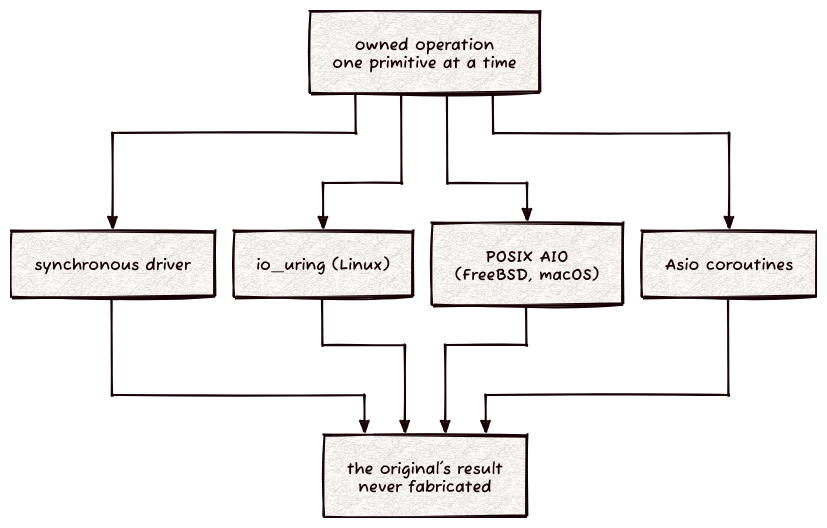
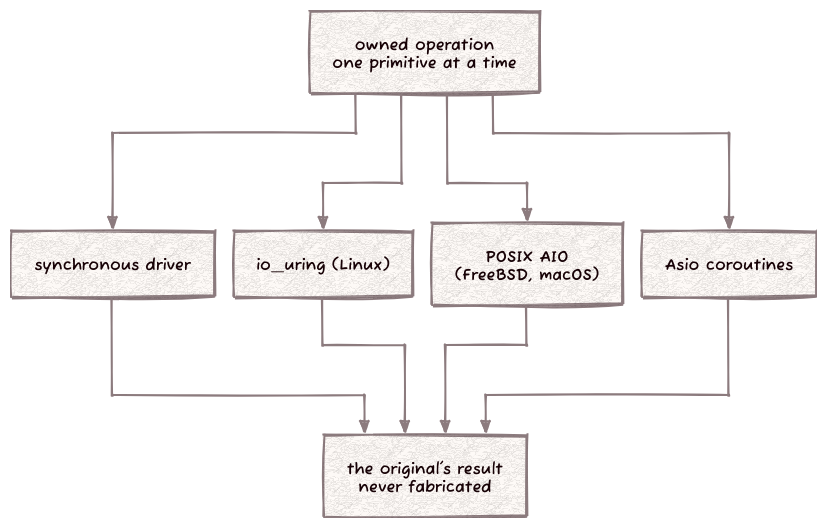
The diagram in docs/completion.d2 (Kronuz/completion), drawn with D2 before and after one commit. The commit also changed 1 other file, not shown here.

Commit message:
Render the README diagram for light and dark pages
A transparent background, mid-tone lines and mid-tone edge labels let
the one SVG read on GitHub's light and dark themes; the header carries
the settings so a plain `d2` renders it the same way.

[skip ci]

```diff
--- a/docs/completion.d2
+++ b/docs/completion.d2
@@ -1,19 +1,21 @@
 # completion: an owned operation issues one primitive at a time to the driver the host picks.
-# Render: d2 --layout elk --sketch --theme 302 docs/completion.d2 docs/completion.svg
-vars: { d2-config: { layout-engine: elk; theme-id: 302; sketch: true; pad: 24 } }
+# Render: d2 docs/completion.d2 docs/completion.svg
+vars: { d2-config: { layout-engine: elk; theme-id: 302; sketch: true; pad: 24; theme-overrides: { B1: "#8C7B7E"; B2: "#C25B73"; N2: "#C25B73" } } }
+style.fill: transparent
+
 direction: down
 
 op: "owned operation\none primitive at a time"
 sync: "synchronous driver"
 linux: "io_uring (Linux)"
 bsd: "POSIX AIO\n(FreeBSD, macOS)"
 asio: "Asio coroutines"
 result: "the original's result\nnever fabricated"
 op -> sync
 op -> linux
 op -> bsd
 op -> asio
 sync -> result
 linux -> result
 bsd -> result
 asio -> result
```
